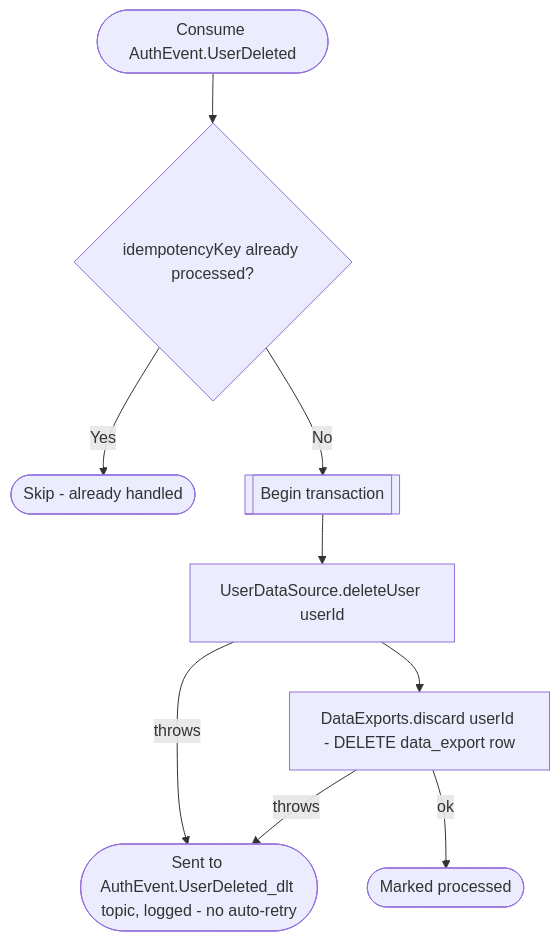
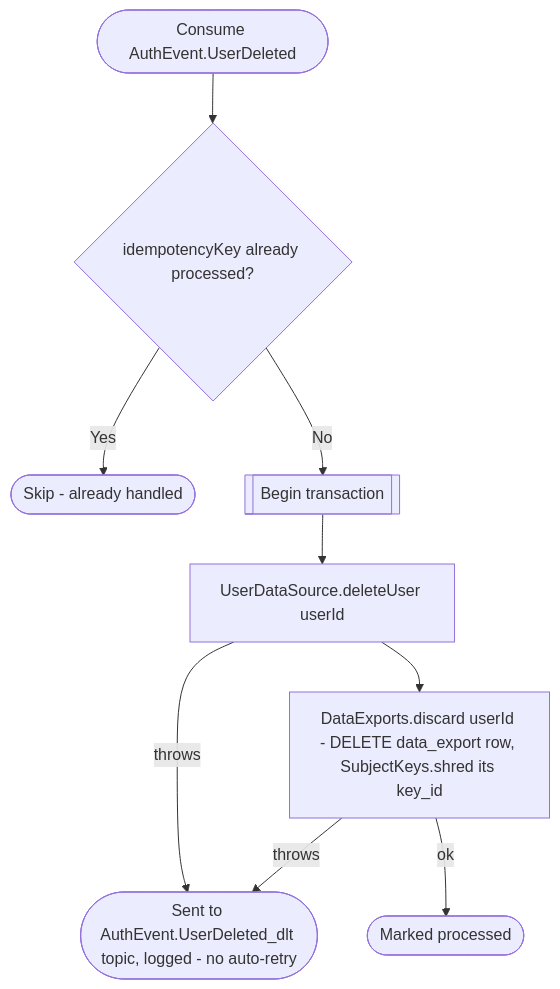
Before and after one commit to nocturneproperties/bookkme: the diagram in docs/operations/user/on-user-deleted.md, drawn with Mermaid. The commit also changed 72 other files, not shown here.

````diff
--- a/docs/operations/user/on-user-deleted.md
+++ b/docs/operations/user/on-user-deleted.md
@@ -17,11 +17,11 @@
 ```mermaid
 flowchart TD
     Start([Consume AuthEvent.UserDeleted]) --> Dedup{idempotencyKey already processed?}
     Dedup -- Yes --> Skip([Skip - already handled])
     Dedup -- No --> Tx[[Begin transaction]]
     Tx --> Delete[UserDataSource.deleteUser userId]
-    Delete --> Discard[DataExports.discard userId - DELETE data_export row]
+    Delete --> Discard["DataExports.discard userId - DELETE data_export row, SubjectKeys.shred its key_id"]
     Discard -- throws --> Dlt([Sent to AuthEvent.UserDeleted_dlt topic, logged - no auto-retry])
     Delete -- throws --> Dlt
     Discard -- ok --> Ack([Marked processed])
 ```
````
